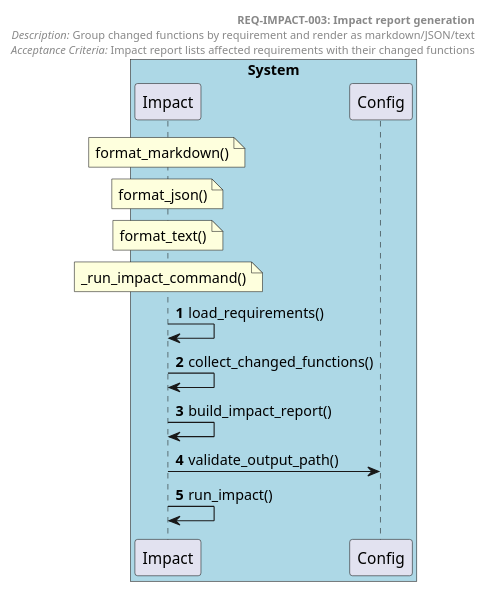
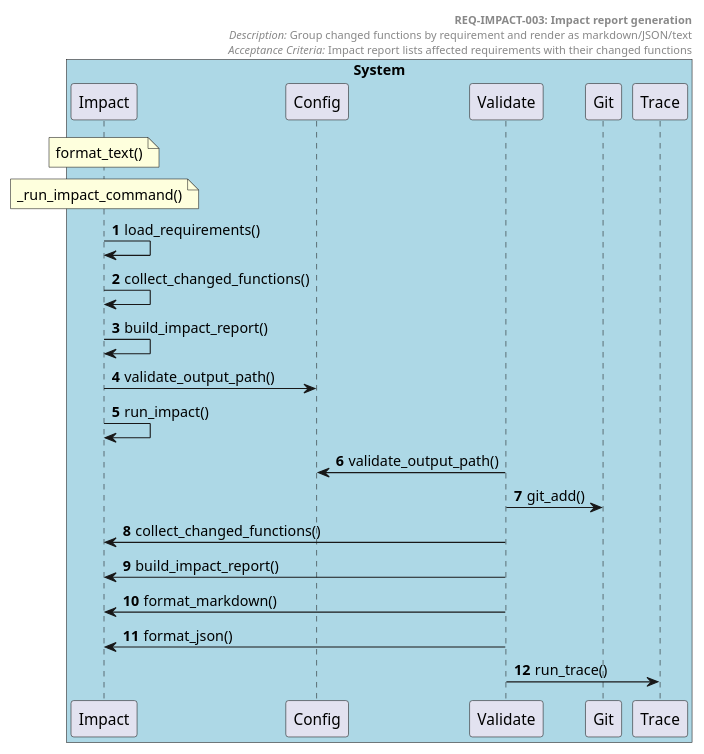
Before and after one commit to tvanfossen/doxygen-guard: the diagram in docs/generated/sequences/REQ-IMPACT-003.puml, drawn with PlantUML. The commit also changed 21 other files, not shown here.

First line of the commit message:
Resolve adversarial findings: security, observability, diagram quality, README

```diff
--- a/docs/generated/sequences/REQ-IMPACT-003.puml
+++ b/docs/generated/sequences/REQ-IMPACT-003.puml
@@ -1,26 +1,34 @@
 @startuml REQ-IMPACT-003 Impact report generation
 autonumber
 
 box "System" #LightBlue
   participant "Impact" as Impact
   participant "Config" as Config
+  participant "Validate" as Validate
+  participant "Git" as Git
+  participant "Trace" as Trace
 end box
 
 header
   **REQ-IMPACT-003: Impact report generation**
   //Description:// Group changed functions by requirement and render as markdown/JSON/text
   //Acceptance Criteria:// Impact report lists affected requirements with their changed functions
 end header
 
-note over Impact: format_markdown()
-note over Impact: format_json()
 note over Impact: format_text()
 note over Impact: _run_impact_command()
 
 Impact -> Impact: load_requirements()
 Impact -> Impact: collect_changed_functions()
 Impact -> Impact: build_impact_report()
 Impact -> Config: validate_output_path()
 Impact -> Impact: run_impact()
+Validate -> Config: validate_output_path()
+Validate -> Git: git_add()
+Validate -> Impact: collect_changed_functions()
+Validate -> Impact: build_impact_report()
+Validate -> Impact: format_markdown()
+Validate -> Impact: format_json()
+Validate -> Trace: run_trace()
 
 @enduml
```
